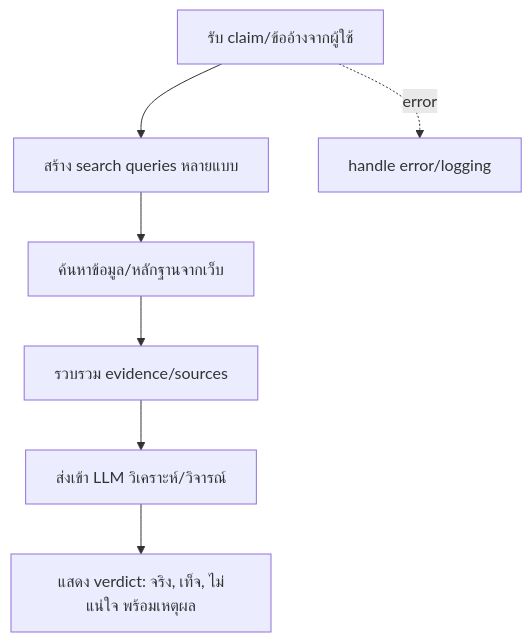
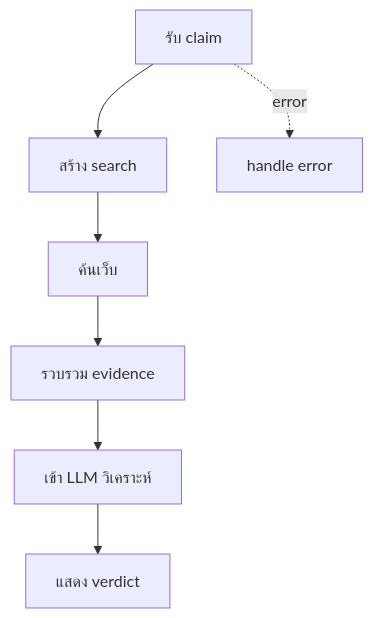
Diagram 16 of 16 in README.md (JonusNattapong/LangChainOllama), drawn with Mermaid before and after one commit. The commit also changed other lines of this file, not shown here.

Commit message:
refactor: Simplify and clarify flow diagrams in README for better readability

````diff
--- a/README.md
+++ b/README.md
@@ -553,9 +553,9 @@
 ```mermaid
 graph TD
-    A[รับ claim/ข้ออ้างจากผู้ใช้] --> B[สร้าง search queries หลายแบบ]
-    B --> C[ค้นหาข้อมูล/หลักฐานจากเว็บ]
-    C --> D[รวบรวม evidence/sources]
-    D --> E[ส่งเข้า LLM วิเคราะห์/วิจารณ์]
-    E --> F[แสดง verdict: จริง, เท็จ, ไม่แน่ใจ พร้อมเหตุผล]
-    A -. error .-> G[handle error/logging]
+    A[รับ claim] --> B[สร้าง search]
+    B --> C[ค้นเว็บ]
+    C --> D[รวบรวม evidence]
+    D --> E[เข้า LLM วิเคราะห์]
+    E --> F[แสดง verdict]
+    A -. error .-> G[handle error]
 ```
````
